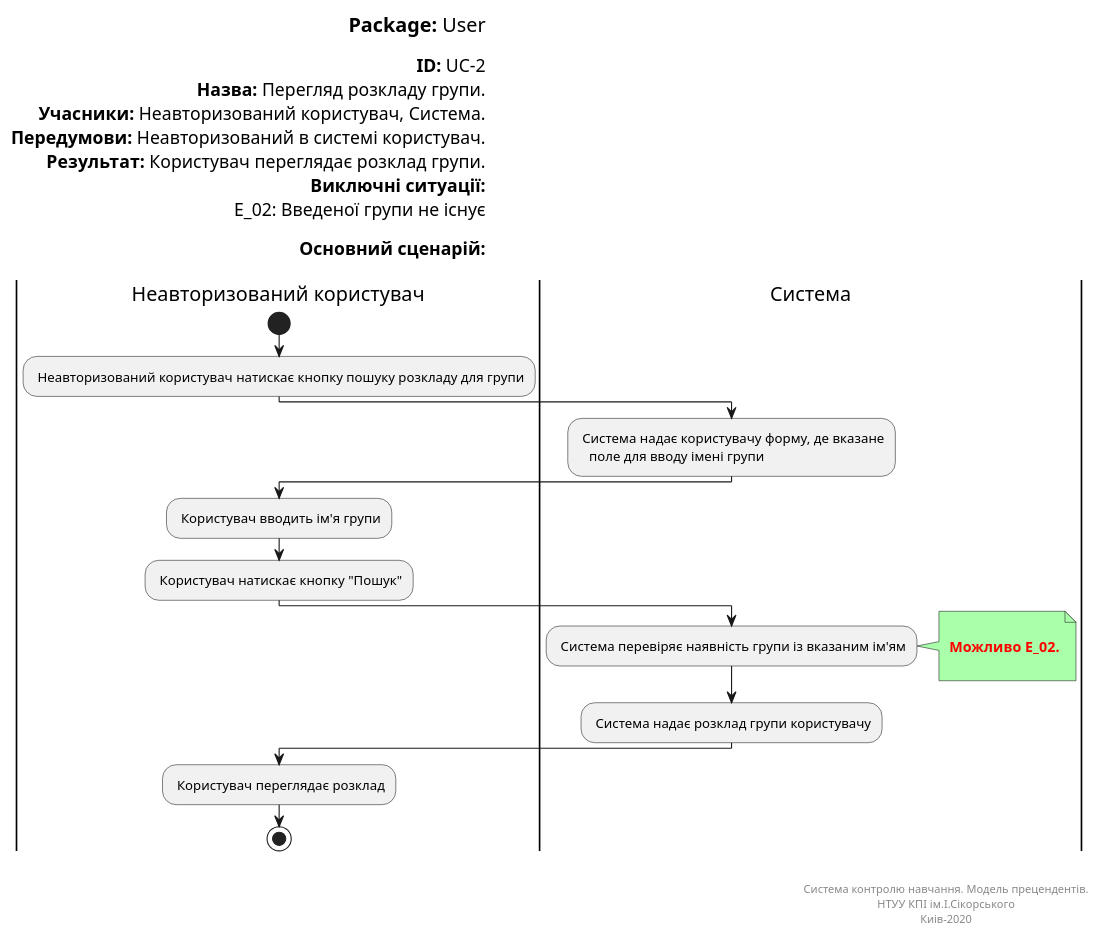
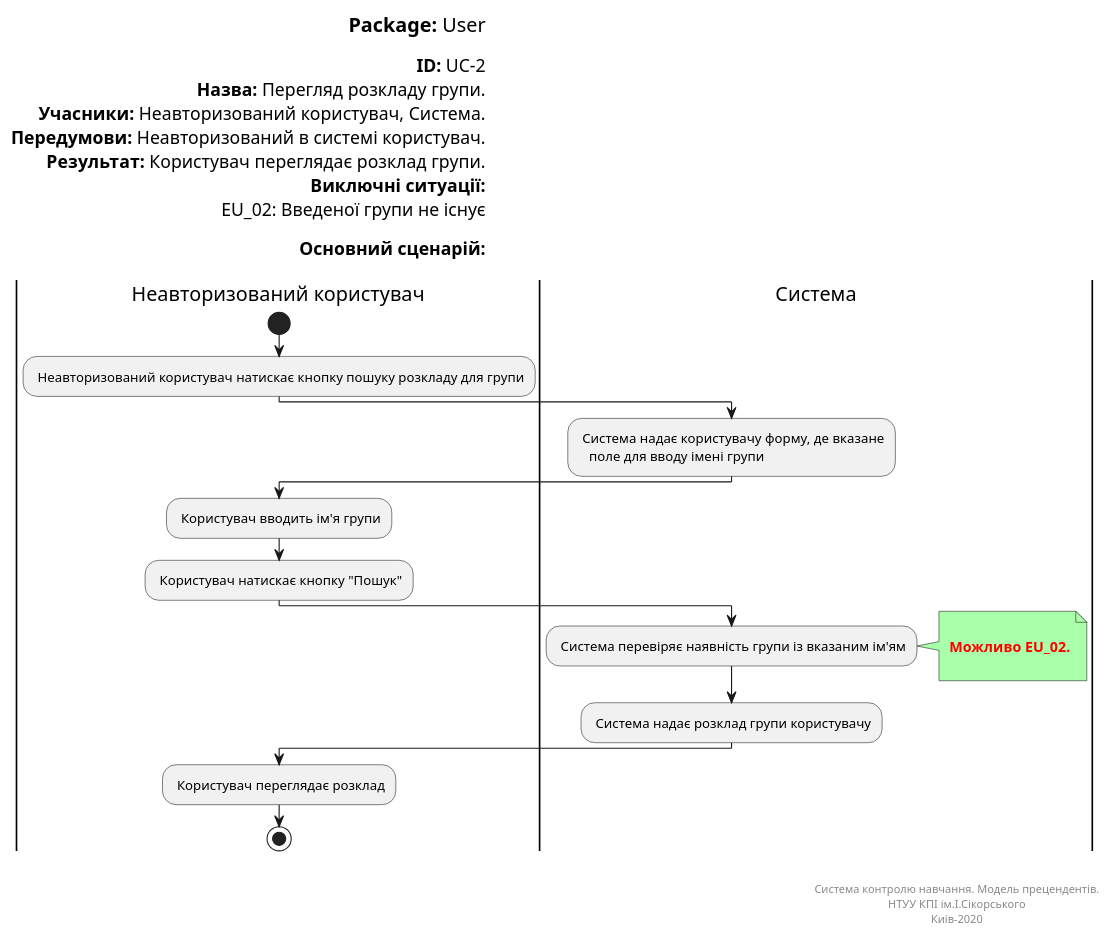
One commit to vladlinu/TeamOne changed the diagram in docs/UML_Diagrams/scenarios/unauthorized_user/src/WatchingGroupSchedule.pu. Above: the diagram before and after it, drawn with PlantUML. The commit also changed 5 other files, not shown here.

```diff
--- a/docs/UML_Diagrams/scenarios/unauthorized_user/src/WatchingGroupSchedule.pu
+++ b/docs/UML_Diagrams/scenarios/unauthorized_user/src/WatchingGroupSchedule.pu
@@ -1,53 +1,53 @@
 @startuml
 left header
 <font color=000 size=18><b>Package:</b> User
 
 <font color=000 size=16><b>ID:</b> UC-2
 <font color=000 size=16><b>Назва:</b> Перегляд розкладу групи.
 <font color=000 size=16><b>Учасники:</b> Неавторизований користувач, Система.
 <font color=000 size=16><b>Передумови:</b> Неавторизований в системі користувач.
 <font color=000 size=16><b>Результат:</b> Користувач переглядає розклад групи.
 <font color=000 size=16><b>Виключні ситуації:</b>
-<font color=000 size=16> E_02: Введеної групи не існує
+<font color=000 size=16> EU_02: Введеної групи не існує
 
 <font color=000 size=16><b>Основний сценарій:</b>
 
 end header
 
 |Неавторизований користувач|
 start
 : Неавторизований користувач натискає кнопку пошуку розкладу для групи;
 
 |Система|
 : Система надає користувачу форму, де вказане
    поле для вводу імені групи;
 
 |Неавторизований користувач|
 : Користувач вводить ім'я групи;   
 
 : Користувач натискає кнопку "Пошук";
 
 |Система|
 : Система перевіряє наявність групи із вказаним ім'ям;
 note right #aaffaa
 
-<font color=red><b> Можливо E_02.
+<font color=red><b> Можливо EU_02.
 
 end note
 
 : Система надає розклад групи користувачу;
 
 |Неавторизований користувач|
 
 : Користувач переглядає розклад;
 
 stop;
 
 right footer
 
 
 Система контролю навчання. Модель прецендентів.
 НТУУ КПІ ім.І.Сікорського
 Киів-2020
 end footer
 @enduml
```
